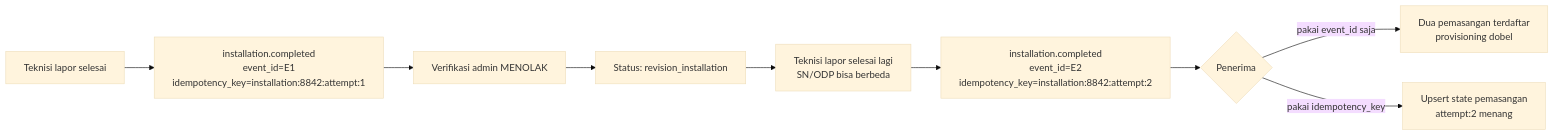
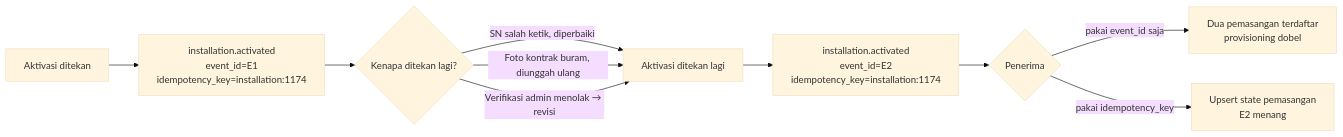
The second of 6 diagrams in docs/api/flowchart.md (YofhiFauda/whusnet-operasional), drawn with Mermaid (base theme) before and after one commit. The commit also changed other lines of this file and 12 other files, not shown here.

````diff
--- a/docs/api/flowchart.md
+++ b/docs/api/flowchart.md
@@ -64,11 +82,12 @@
 ```mermaid
 flowchart LR
-    A[Teknisi lapor selesai] --> B["installation.completed<br/>event_id=E1<br/>idempotency_key=installation:8842:attempt:1"]
-    B --> C[Verifikasi admin MENOLAK]
-    C --> D[Status: revision_installation]
-    D --> E[Teknisi lapor selesai lagi<br/>SN/ODP bisa berbeda]
-    E --> F["installation.completed<br/>event_id=E2<br/>idempotency_key=installation:8842:attempt:2"]
+    A[Aktivasi ditekan] --> B["installation.activated<br/>event_id=E1<br/>idempotency_key=installation:1174"]
+    B --> C{Kenapa ditekan lagi?}
+    C -->|SN salah ketik, diperbaiki| E
+    C -->|Foto kontrak buram, diunggah ulang| E
+    C -->|Verifikasi admin menolak → revisi| E
+    E[Aktivasi ditekan lagi] --> F["installation.activated<br/>event_id=E2<br/>idempotency_key=installation:1174"]
     F --> G{Penerima}
     G -->|"pakai event_id saja"| H[Dua pemasangan terdaftar<br/>provisioning dobel]
-    G -->|"pakai idempotency_key"| I[Upsert state pemasangan<br/>attempt:2 menang]
+    G -->|"pakai idempotency_key"| I[Upsert state pemasangan<br/>E2 menang]
 ```
````
